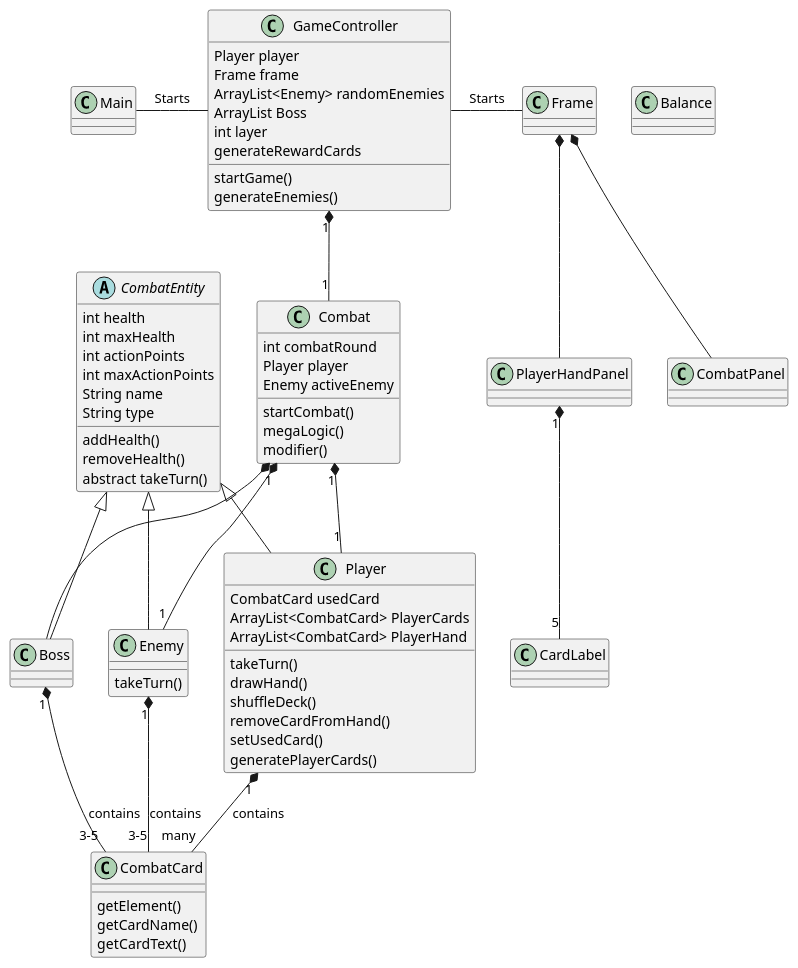
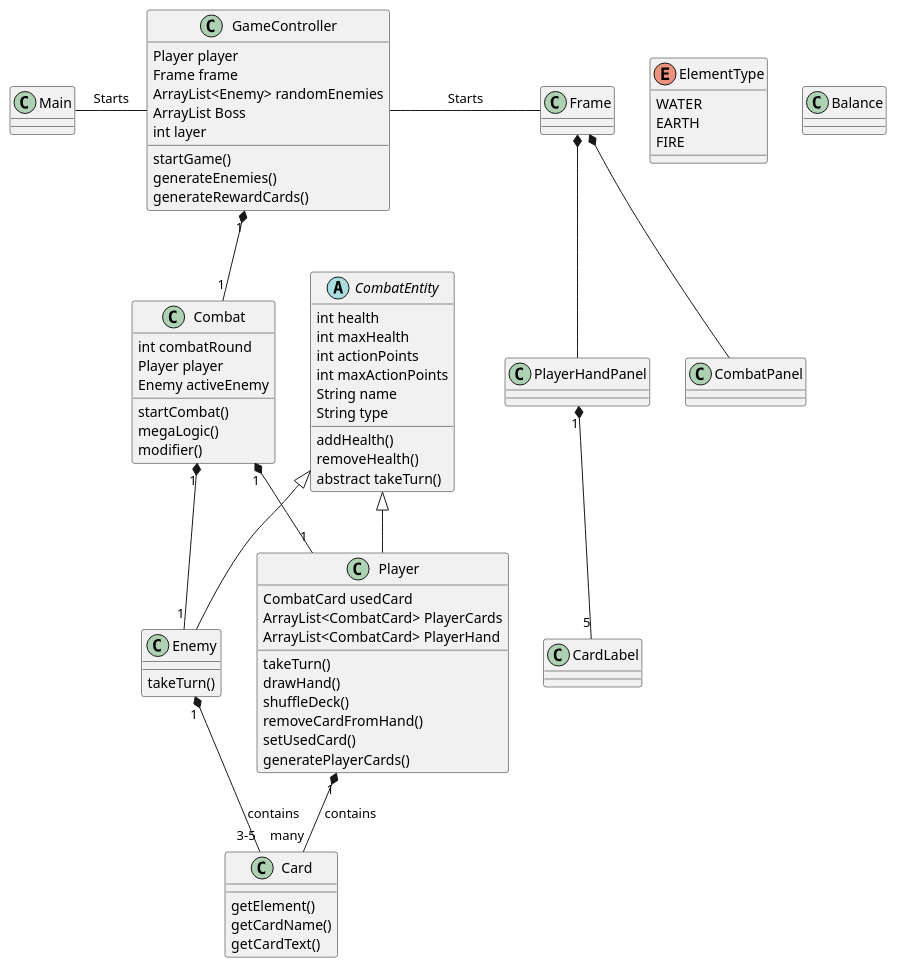
One commit to Mads725/SP4test-UML changed the diagram in src/resources/ClassDiagram-v1.puml. Above: the diagram before and after it, drawn with PlantUML.

Commit message:
small fixes for Class diagram

```diff
--- a/src/resources/ClassDiagram-v1.puml
+++ b/src/resources/ClassDiagram-v1.puml
@@ -1,82 +1,81 @@
 @startuml
 'https://plantuml.com/class-diagram
 
 class Main
+enum ElementType {
+WATER
+EARTH
+FIRE
+}
 class GameController {
 Player player
 Frame frame
 ArrayList<Enemy> randomEnemies
 ArrayList Boss
 int layer
 startGame()
 generateEnemies()
-generateRewardCards
+generateRewardCards()
 }
 
 class Combat {
 int combatRound
 Player player
 Enemy activeEnemy
 
 startCombat()
 megaLogic()
 modifier()
 }
 abstract class CombatEntity {
 int health
 int maxHealth
 int actionPoints
 int maxActionPoints
 String name
 String type
 addHealth()
 removeHealth()
 abstract takeTurn()
 }
 class Player {
 CombatCard usedCard
 ArrayList<CombatCard> PlayerCards
 ArrayList<CombatCard> PlayerHand
 takeTurn()
 drawHand()
 shuffleDeck()
 removeCardFromHand()
 setUsedCard()
 generatePlayerCards()
 }
 class Enemy{
 takeTurn()
 }
-class Boss
-class CombatCard {
+class Card {
 getElement()
 getCardName()
 getCardText()
 }
 class Balance
 
 class Frame
 class CardLabel
 class CombatPanel
 class PlayerHandPanel
 
 Main - GameController : Starts
 GameController "1" *-- "1"Combat
 Combat "1" *-- "1" Player
 Combat "1" *-- "1" Enemy
-Combat *-- Boss
 CombatEntity <|-- Player
 CombatEntity <|-- Enemy
-CombatEntity <|-- Boss
-Player "1" *-- "many" CombatCard : contains
-Enemy "1" *-- "3-5" CombatCard : contains
-Boss "1" *-- "3-5" CombatCard : contains
-
+Player "1" *-- "many" Card : contains
+Enemy "1" *-- "3-5" Card : contains
 
 GameController - Frame : Starts
 Frame *-- CombatPanel
 Frame *-- PlayerHandPanel
 PlayerHandPanel "1" *-- "5" CardLabel
 
-
 @enduml
```
